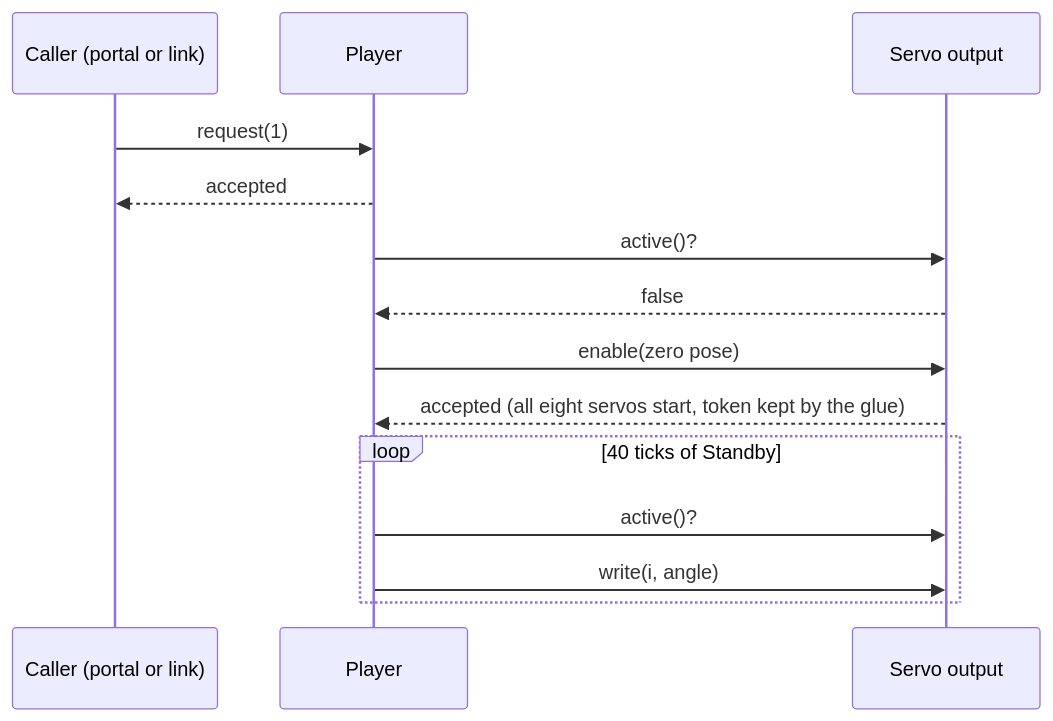
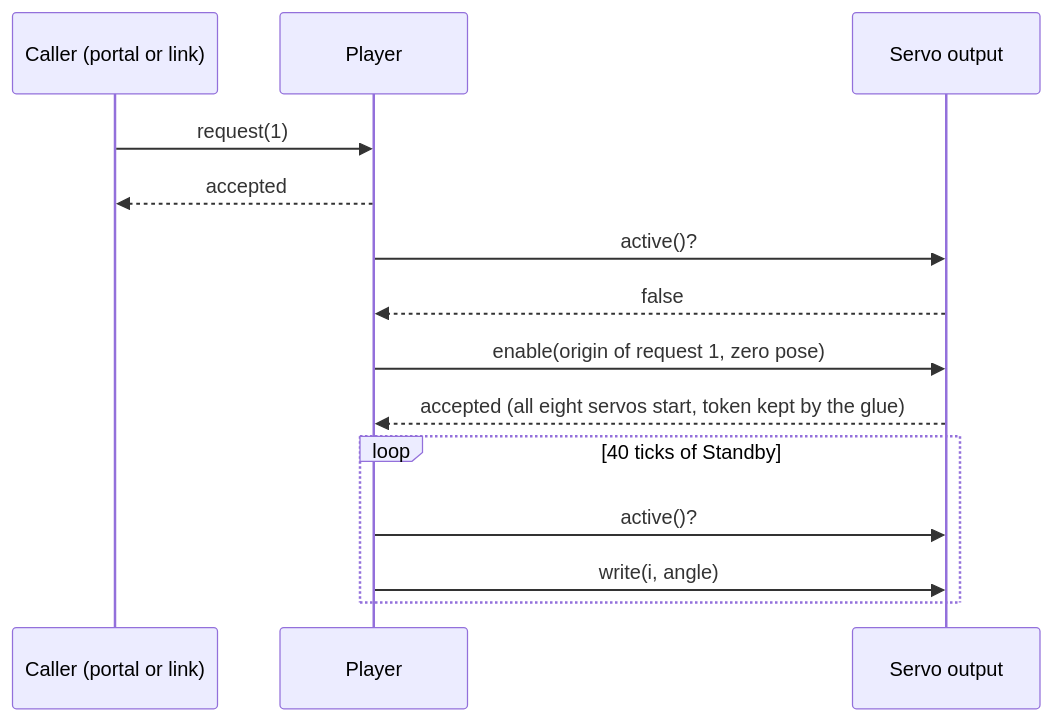
One commit to blackfyre/mini-spooder changed the second of 2 diagrams in openspec/changes/motion-playback/design.md. Above: the diagram before and after it, drawn with Mermaid. The commit also changed other lines of this file and 2 other files, not shown here.

First line of the commit message:
motion-playback: carry request origin into enable, permit demo via check build, align on-robot check order

````diff
--- a/openspec/changes/motion-playback/design.md
+++ b/openspec/changes/motion-playback/design.md
@@ -140,16 +140,16 @@
 ```mermaid
 sequenceDiagram
     participant C as Caller (portal or link)
     participant P as Player
     participant S as Servo output
     C->>P: request(1)
     P-->>C: accepted
     P->>S: active()?
     S-->>P: false
-    P->>S: enable(zero pose)
+    P->>S: enable(origin of request 1, zero pose)
     S-->>P: accepted (all eight servos start, token kept by the glue)
     loop 40 ticks of Standby
         P->>S: active()?
         P->>S: write(i, angle)
     end
 ```
````
